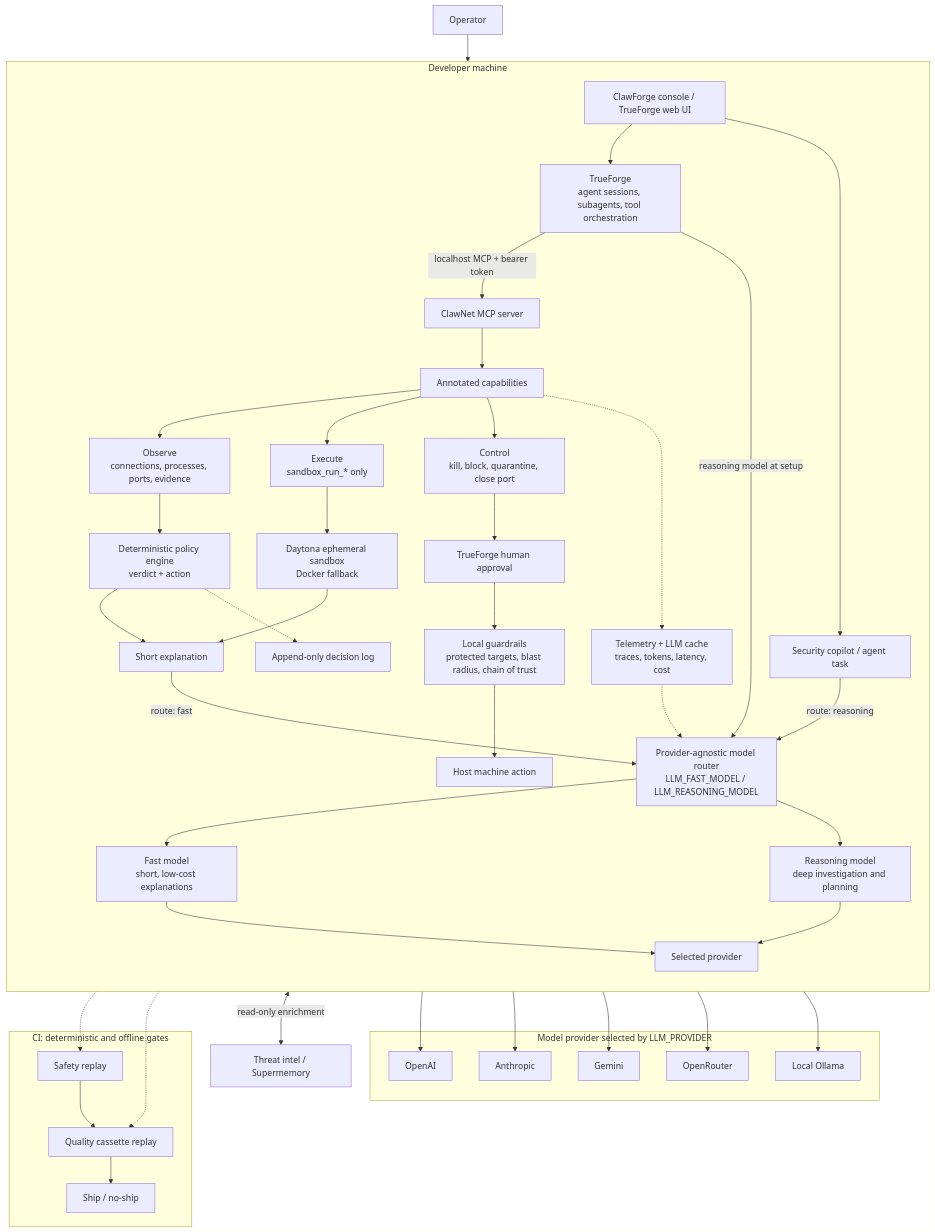
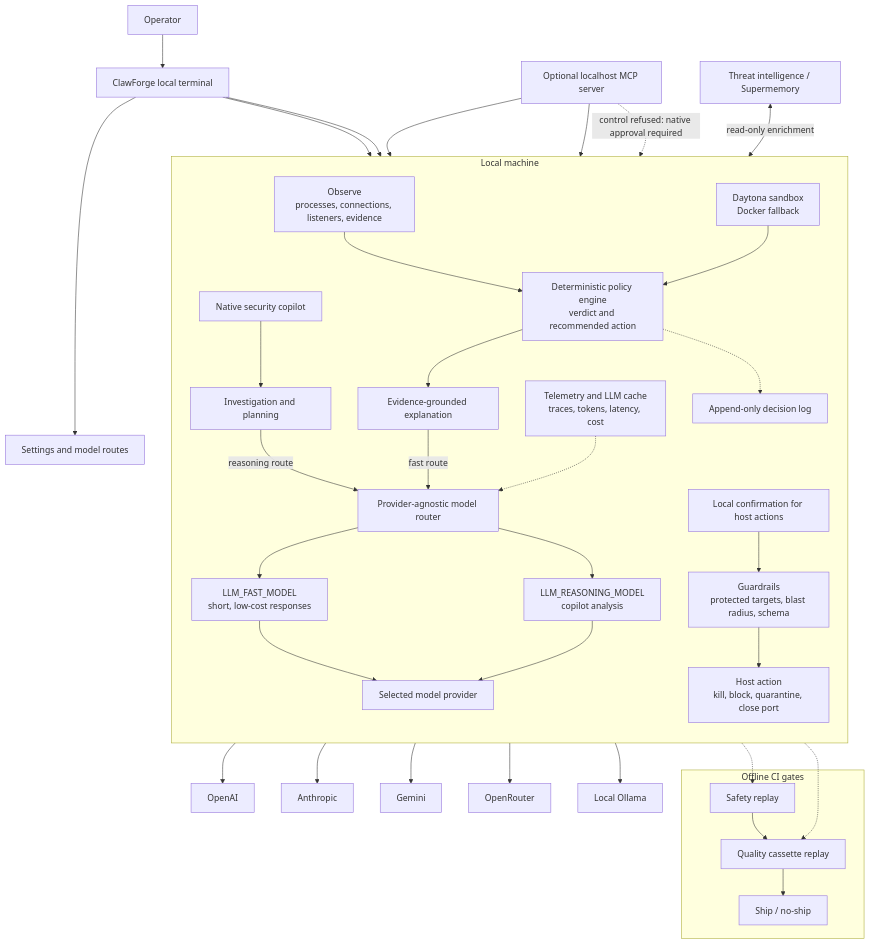
The diagram in readme.md (rajarshidattapy/clawnet), drawn with Mermaid before and after one commit. The commit also changed other lines of this file and 16 other files, not shown here.

````diff
--- a/readme.md
+++ b/readme.md
@@ -106,55 +19,45 @@
 ```mermaid
 flowchart TB
-    User["Operator"] --> Console["ClawForge console / TrueForge web UI"]
-    Console --> TF["TrueForge\nagent sessions, subagents, tool orchestration"]
+    User["Operator"] --> CLI["ClawForge local terminal"]
+    CLI --> Copilot["Native security copilot"]
+    CLI --> Approval["Local confirmation for host actions"]
+    CLI --> Settings["Settings and model routes"]
 
-    subgraph Host["Developer machine"]
+    subgraph Host["Local machine"]
         direction TB
-        TF -->|"localhost MCP + bearer token"| MCP["ClawNet MCP server"]
-        MCP --> Tools["Annotated capabilities"]
+        Observe["Observe\nprocesses, connections, listeners, evidence"] --> Policy["Deterministic policy engine\nverdict and recommended action"]
+        Policy --> Explain["Evidence-grounded explanation"]
+        Copilot --> Reasoning["Investigation and planning"]
 
-        Tools --> Observe["Observe\nconnections, processes, ports, evidence"]
-        Tools --> Execute["Execute\nsandbox_run_* only"]
-        Tools --> Control["Control\nkill, block, quarantine, close port"]
+        Explain -->|"fast route"| Router["Provider-agnostic model router"]
+        Reasoning -->|"reasoning route"| Router
+        Router --> Fast["LLM_FAST_MODEL\nshort, low-cost responses"]
+        Router --> Deep["LLM_REASONING_MODEL\ncopilot analysis"]
+        Fast --> Provider["Selected model provider"]
+        Deep --> Provider
 
-        Observe --> Policy["Deterministic policy engine\nverdict + action"]
-        Execute --> Sandbox["Daytona ephemeral sandbox\nDocker fallback"]
-        Control --> Approval["TrueForge human approval"]
-        Approval --> Guardrails["Local guardrails\nprotected targets, blast radius, chain of trust"]
-        Guardrails --> Machine["Host machine action"]
+        Approval --> Guardrails["Guardrails\nprotected targets, blast radius, schema"]
+        Guardrails --> Action["Host action\nkill, block, quarantine, close port"]
 
-        Policy --> Explain["Short explanation"]
-        Sandbox --> Explain
-        Console --> Copilot["Security copilot / agent task"]
-
-        Explain -->|"route: fast"| Router["Provider-agnostic model router\nLLM_FAST_MODEL / LLM_REASONING_MODEL"]
-        Copilot -->|"route: reasoning"| Router
-        TF -->|"reasoning model at setup"| Router
-
-        Router --> Fast["Fast model\nshort, low-cost explanations"]
-        Router --> Reasoning["Reasoning model\ndeep investigation and planning"]
-        Fast --> LLM["Selected provider"]
-        Reasoning --> LLM
-
-        Telemetry["Telemetry + LLM cache\ntraces, tokens, latency, cost"] -.-> Router
-        Tools -.-> Telemetry
+        Sandbox["Daytona sandbox\nDocker fallback"] --> Policy
+        Telemetry["Telemetry and LLM cache\ntraces, tokens, latency, cost"] -.-> Router
         Policy -.-> Decisions["Append-only decision log"]
     end
 
-    subgraph Providers["Model provider selected by LLM_PROVIDER"]
-        LLM --> OpenAI["OpenAI"]
-        LLM --> Anthropic["Anthropic"]
-        LLM --> Gemini["Gemini"]
-        LLM --> OpenRouter["OpenRouter"]
-        LLM --> Ollama["Local Ollama"]
-    end
+    Provider --> OpenAI["OpenAI"]
+    Provider --> Anthropic["Anthropic"]
+    Provider --> Gemini["Gemini"]
+    Provider --> OpenRouter["OpenRouter"]
+    Provider --> Ollama["Local Ollama"]
 
-    Observe <-->|"read-only enrichment"| Intel["Threat intel / Supermemory"]
+    MCP["Optional localhost MCP server"] --> Observe
+    MCP --> Sandbox
+    MCP -.->|"control refused: native approval required"| Approval
+    Intel["Threat intelligence / Supermemory"] <-->|"read-only enrichment"| Observe
 
-    subgraph CI["CI: deterministic and offline gates"]
-        Replay["Safety replay"] --> Quality["Quality cassette replay"]
-        Quality --> Gate["Ship / no-ship"]
+    subgraph CI["Offline CI gates"]
+        Replay["Safety replay"] --> Quality["Quality cassette replay"] --> Ship["Ship / no-ship"]
     end
     Policy -.-> Replay
     Explain -.-> Quality
 ```
````
